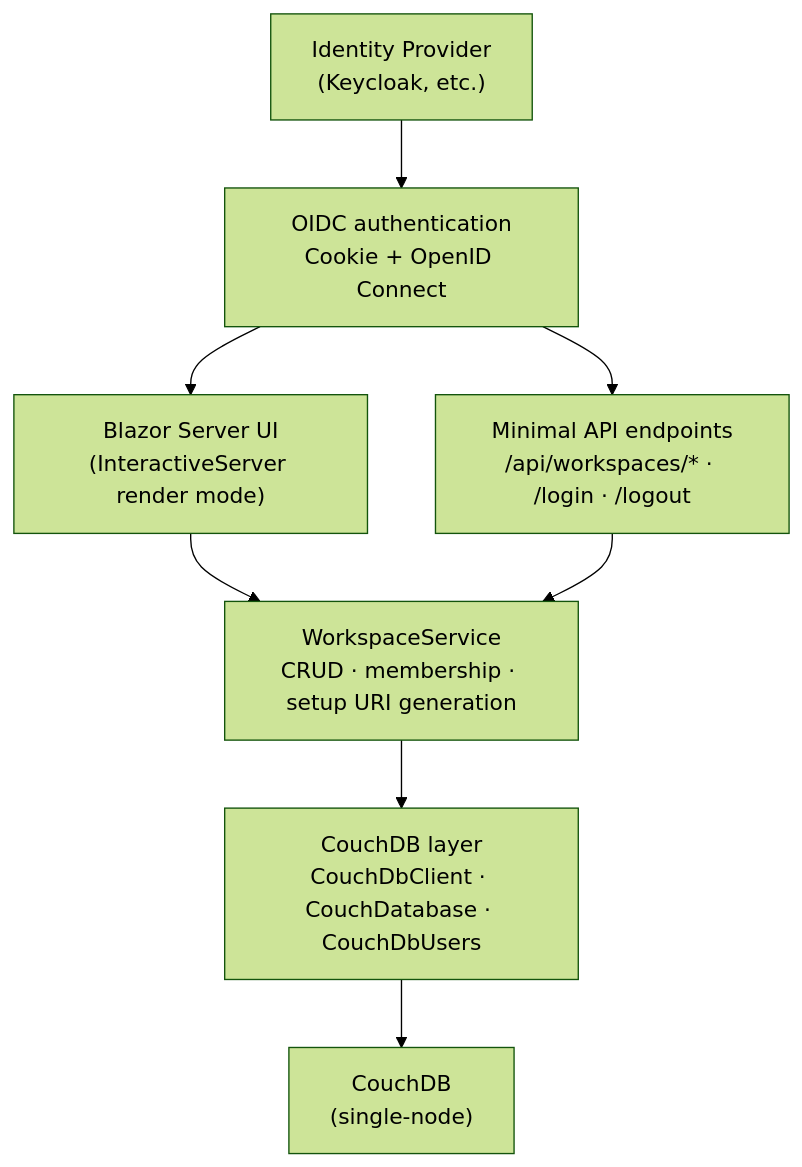
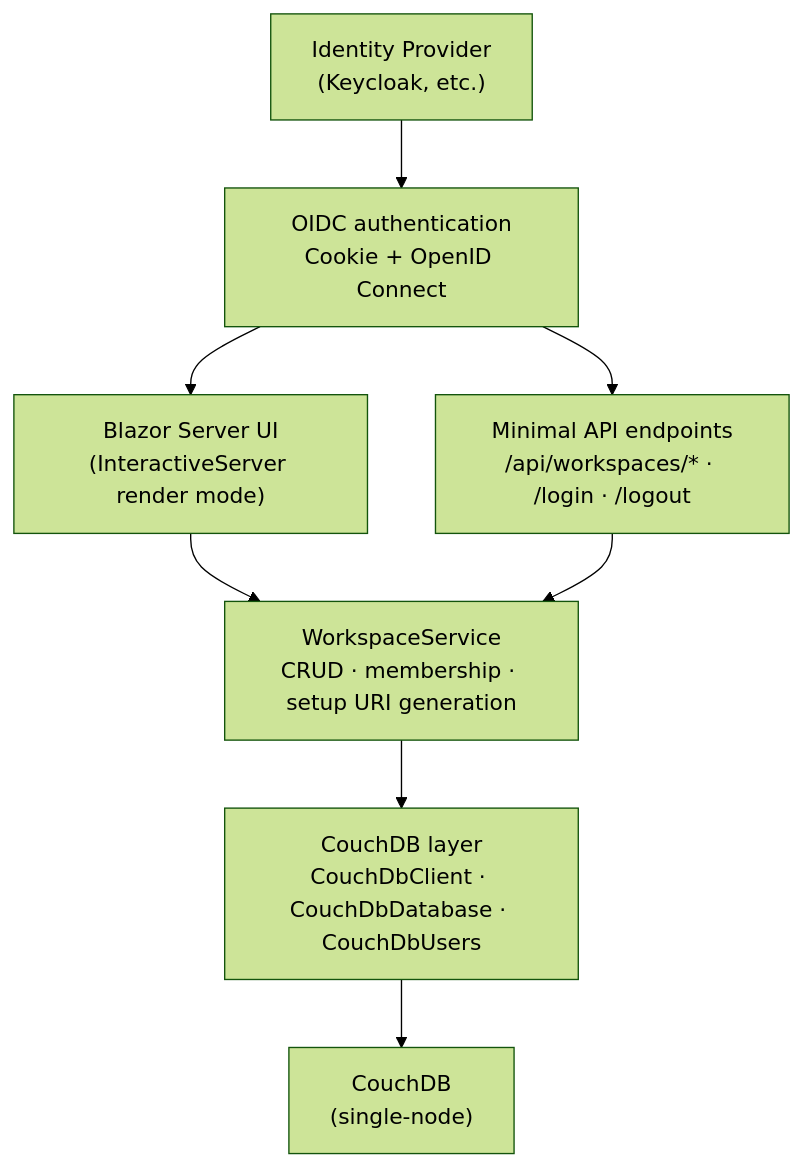
Before and after one commit to twsouthwick/obsidian-livesync-manager: the diagram in docs/ARCHITECTURE.md, drawn with Mermaid (forest theme). The commit also changed 7 other files, not shown here.

````diff
--- a/docs/ARCHITECTURE.md
+++ b/docs/ARCHITECTURE.md
@@ -5,18 +5,18 @@
 ```mermaid
 graph TD
     IDP["Identity Provider<br/>(Keycloak, etc.)"]
     AUTH_LAYER["OIDC authentication<br/>Cookie + OpenID Connect"]
     UI["Blazor Server UI<br/>(InteractiveServer render mode)"]
     API["Minimal API endpoints<br/>/api/workspaces/* · /login · /logout"]
     SVC["WorkspaceService<br/>CRUD · membership · setup URI generation"]
-    COUCH_LAYER["CouchDB layer<br/>CouchDbClient · CouchDatabase · CouchDbUsers"]
+    COUCH_LAYER["CouchDB layer<br/>CouchDbClient · CouchDbDatabase · CouchDbUsers"]
     COUCH["CouchDB<br/>(single-node)"]
 
     IDP --> AUTH_LAYER
     AUTH_LAYER --> UI
     AUTH_LAYER --> API
     UI --> SVC
     API --> SVC
     SVC --> COUCH_LAYER
     COUCH_LAYER --> COUCH
 ```
````
